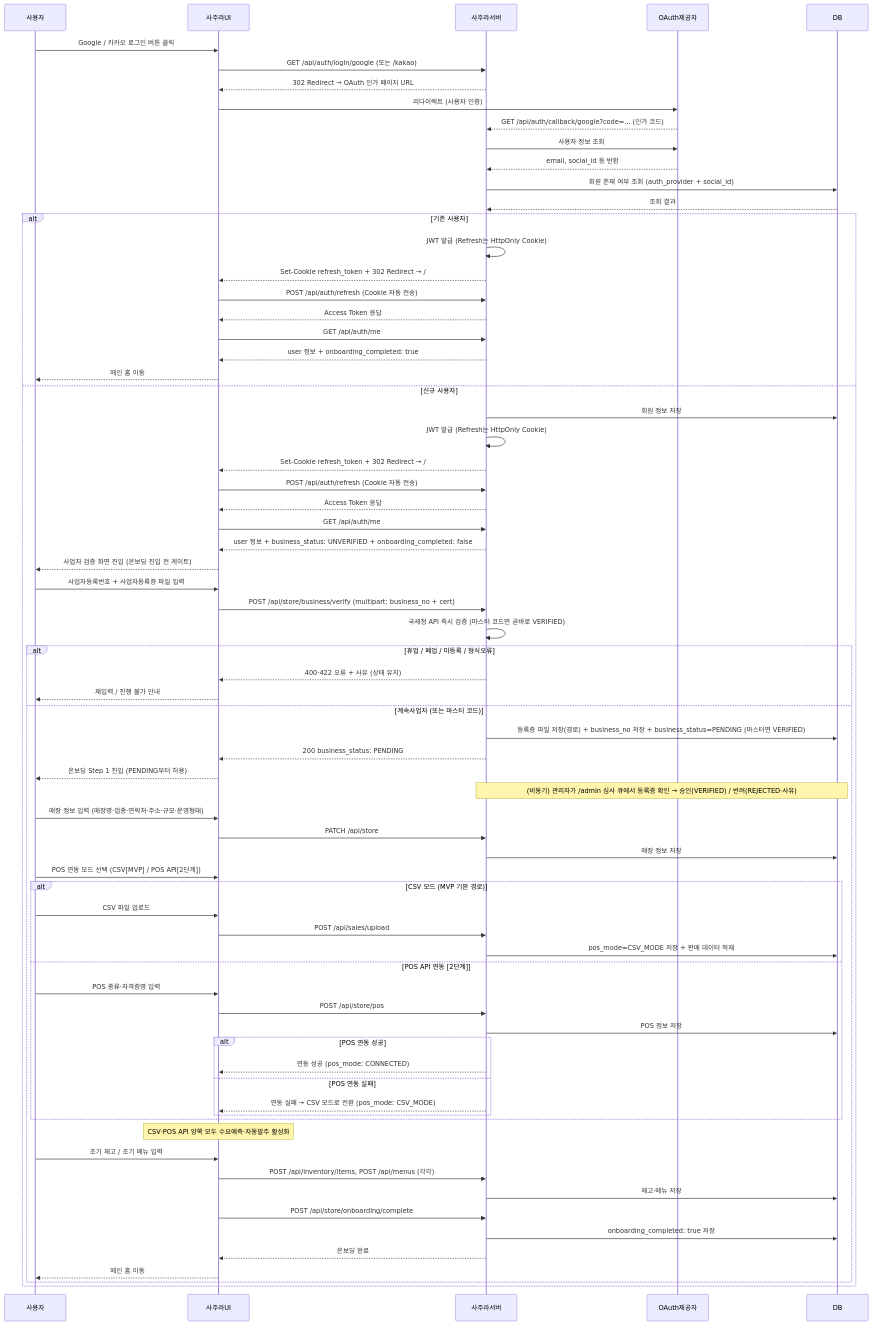
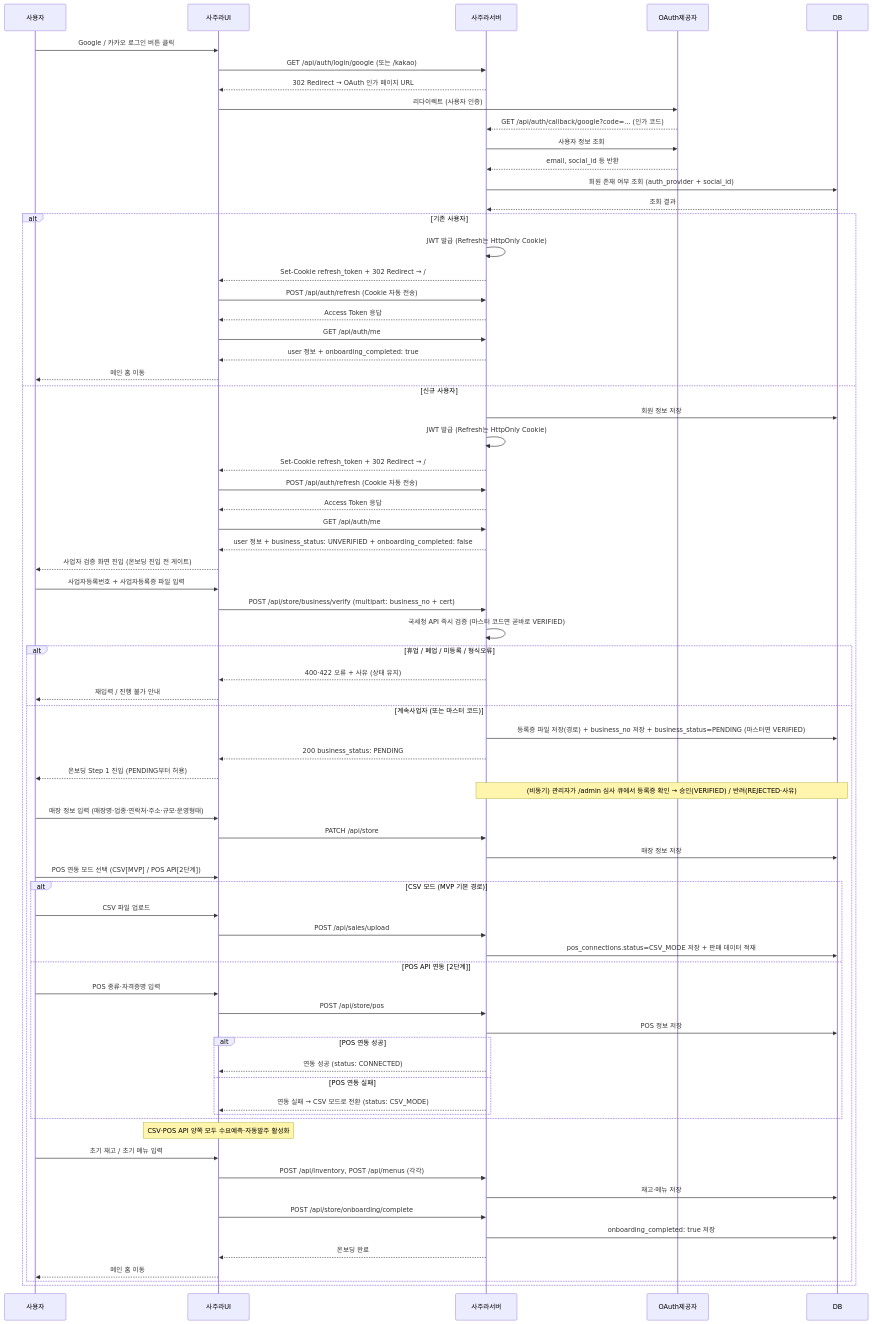
One commit to h-taek/CapstoneDesign-Sajura changed the first of 7 diagrams in docs/spec/06_sequence.md. Above: the diagram before and after it, drawn with Mermaid. The commit also changed other lines of this file and 14 other files, not shown here.

````diff
--- a/docs/spec/06_sequence.md
+++ b/docs/spec/06_sequence.md
@@ -31,80 +31,80 @@
 ```mermaid
 sequenceDiagram
     participant 사용자
     participant 사주라UI
     participant 사주라서버
     participant OAuth제공자
     participant DB
 
     사용자->>사주라UI: Google / 카카오 로그인 버튼 클릭
     사주라UI->>사주라서버: GET /api/auth/login/google (또는 /kakao)
     사주라서버-->>사주라UI: 302 Redirect → OAuth 인가 페이지 URL
     사주라UI->>OAuth제공자: 리다이렉트 (사용자 인증)
     OAuth제공자-->>사주라서버: GET /api/auth/callback/google?code=... (인가 코드)
     사주라서버->>OAuth제공자: 사용자 정보 조회
     OAuth제공자-->>사주라서버: email, social_id 등 반환
     사주라서버->>DB: 회원 존재 여부 조회 (auth_provider + social_id)
     DB-->>사주라서버: 조회 결과
 
     alt 기존 사용자
         사주라서버->>사주라서버: JWT 발급 (Refresh는 HttpOnly Cookie)
         사주라서버-->>사주라UI: Set-Cookie refresh_token + 302 Redirect → /
         사주라UI->>사주라서버: POST /api/auth/refresh (Cookie 자동 전송)
         사주라서버-->>사주라UI: Access Token 응답
         사주라UI->>사주라서버: GET /api/auth/me
         사주라서버-->>사주라UI: user 정보 + onboarding_completed: true
         사주라UI-->>사용자: 메인 홈 이동
     else 신규 사용자
         사주라서버->>DB: 회원 정보 저장
         사주라서버->>사주라서버: JWT 발급 (Refresh는 HttpOnly Cookie)
         사주라서버-->>사주라UI: Set-Cookie refresh_token + 302 Redirect → /
         사주라UI->>사주라서버: POST /api/auth/refresh (Cookie 자동 전송)
         사주라서버-->>사주라UI: Access Token 응답
         사주라UI->>사주라서버: GET /api/auth/me
         사주라서버-->>사주라UI: user 정보 + business_status: UNVERIFIED + onboarding_completed: false
         사주라UI-->>사용자: 사업자 검증 화면 진입 (온보딩 진입 전 게이트)
 
         사용자->>사주라UI: 사업자등록번호 + 사업자등록증 파일 입력
         사주라UI->>사주라서버: POST /api/store/business/verify (multipart: business_no + cert)
         사주라서버->>사주라서버: 국세청 API 즉시 검증 (마스터 코드면 곧바로 VERIFIED)
         alt 휴업 / 폐업 / 미등록 / 형식오류
             사주라서버-->>사주라UI: 400·422 오류 + 사유 (상태 유지)
             사주라UI-->>사용자: 재입력 / 진행 불가 안내
         else 계속사업자 (또는 마스터 코드)
             사주라서버->>DB: 등록증 파일 저장(경로) + business_no 저장 + business_status=PENDING (마스터면 VERIFIED)
             사주라서버-->>사주라UI: 200 business_status: PENDING
             사주라UI-->>사용자: 온보딩 Step 1 진입 (PENDING부터 허용)
             note over 사주라서버,DB: (비동기) 관리자가 /admin 심사 큐에서 등록증 확인 → 승인(VERIFIED) / 반려(REJECTED·사유)
 
             사용자->>사주라UI: 매장 정보 입력 (매장명·업종·연락처·주소·규모·운영형태)
             사주라UI->>사주라서버: PATCH /api/store
             사주라서버->>DB: 매장 정보 저장
 
             사용자->>사주라UI: POS 연동 모드 선택 (CSV[MVP] / POS API[2단계])
             alt CSV 모드 (MVP 기본 경로)
                 사용자->>사주라UI: CSV 파일 업로드
                 사주라UI->>사주라서버: POST /api/sales/upload
-                사주라서버->>DB: pos_mode=CSV_MODE 저장 + 판매 데이터 적재
+                사주라서버->>DB: pos_connections.status=CSV_MODE 저장 + 판매 데이터 적재
             else POS API 연동 [2단계]
                 사용자->>사주라UI: POS 종류·자격증명 입력
                 사주라UI->>사주라서버: POST /api/store/pos
                 사주라서버->>DB: POS 정보 저장
                 alt POS 연동 성공
-                    사주라서버-->>사주라UI: 연동 성공 (pos_mode: CONNECTED)
+                    사주라서버-->>사주라UI: 연동 성공 (status: CONNECTED)
                 else POS 연동 실패
-                    사주라서버-->>사주라UI: 연동 실패 → CSV 모드로 전환 (pos_mode: CSV_MODE)
+                    사주라서버-->>사주라UI: 연동 실패 → CSV 모드로 전환 (status: CSV_MODE)
                 end
             end
             Note over 사주라UI: CSV·POS API 양쪽 모두 수요예측·자동발주 활성화
 
             사용자->>사주라UI: 초기 재고 / 초기 메뉴 입력
-            사주라UI->>사주라서버: POST /api/inventory/items, POST /api/menus (각각)
+            사주라UI->>사주라서버: POST /api/inventory, POST /api/menus (각각)
             사주라서버->>DB: 재고·메뉴 저장
 
             사주라UI->>사주라서버: POST /api/store/onboarding/complete
             사주라서버->>DB: onboarding_completed: true 저장
             사주라서버-->>사주라UI: 온보딩 완료
             사주라UI-->>사용자: 메인 홈 이동
         end
     end
 ```
````
